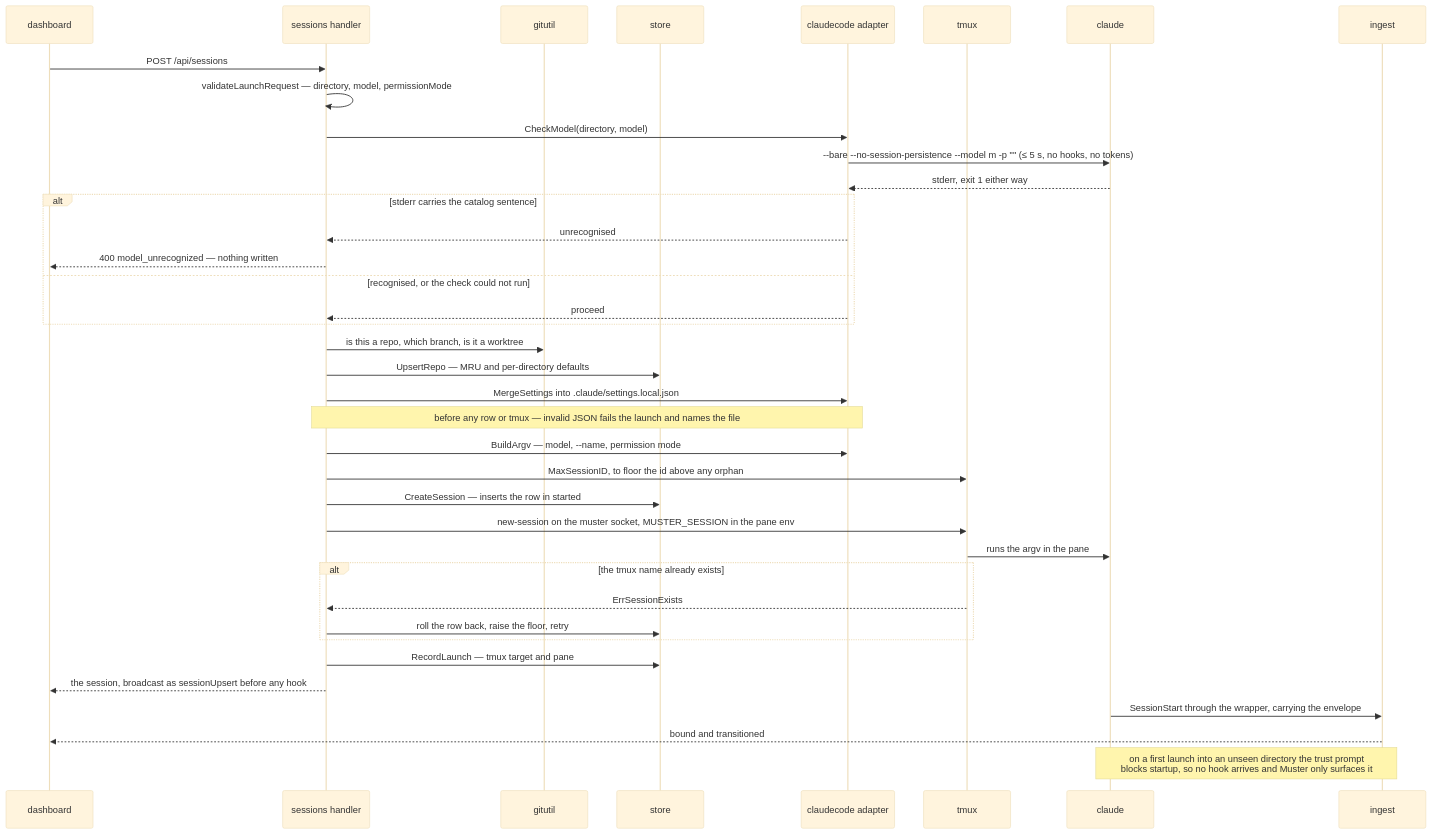
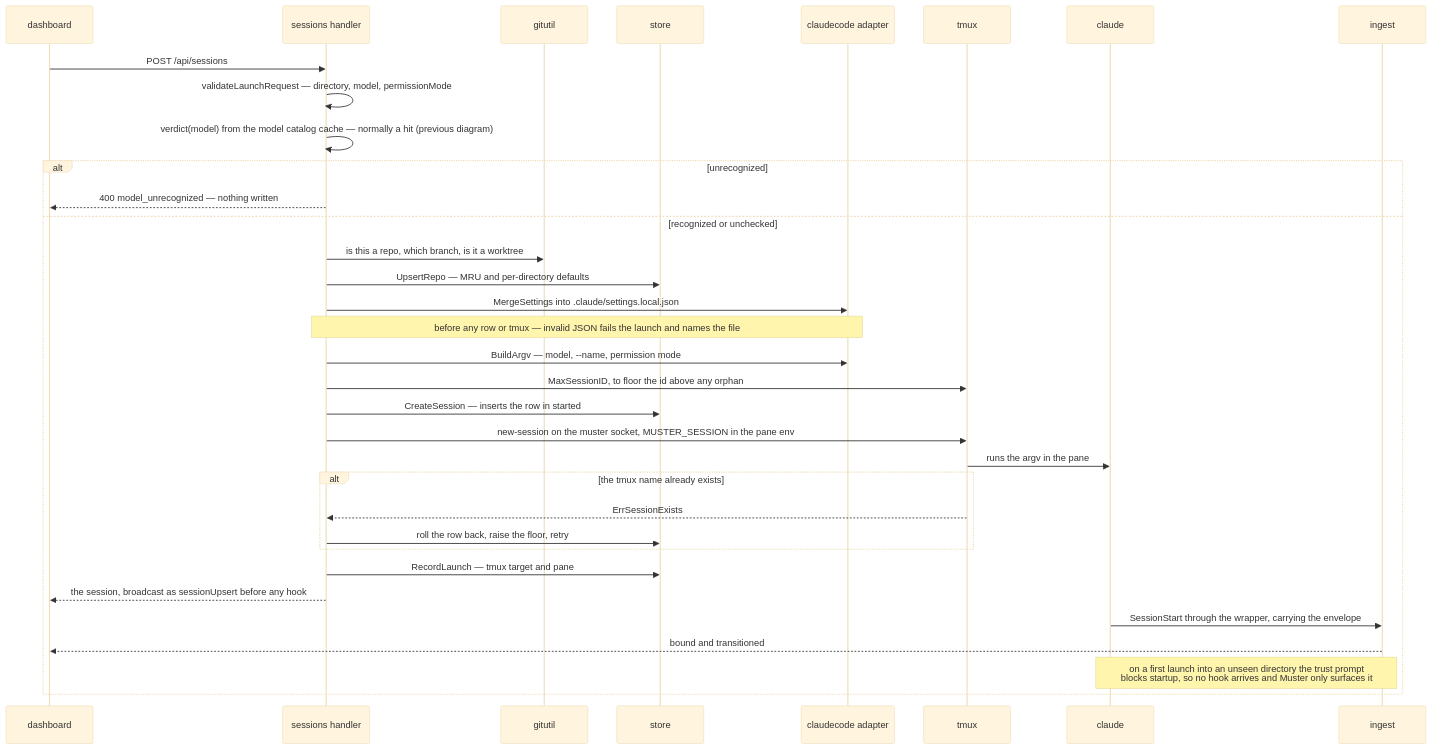
Before and after one commit to Zalaras/muster: the second of 2 diagrams in docs/features/launch/spec.md, drawn with Mermaid (base theme). The commit also changed other lines of this file and 76 other files, not shown here.

Commit message:
fix(launch): check models when New Session opens; write hooks atomically (closes #54, closes #55, closes #58)

````diff
--- a/docs/features/launch/spec.md
+++ b/docs/features/launch/spec.md
@@ -78,43 +122,39 @@
 ```mermaid
 sequenceDiagram
     participant UI as dashboard
     participant S as sessions handler
     participant G as gitutil
     participant DB as store
     participant A as claudecode adapter
     participant T as tmux
     participant CC as claude
     participant I as ingest
 
     UI->>S: POST /api/sessions
     S->>S: validateLaunchRequest — directory, model, permissionMode
-    S->>A: CheckModel(directory, model)
-    A->>CC: --bare --no-session-persistence --model m -p "" (≤ 5 s, no hooks, no tokens)
-    CC-->>A: stderr, exit 1 either way
-    alt stderr carries the catalog sentence
-        A-->>S: unrecognised
+    S->>S: verdict(model) from the model catalog cache — normally a hit (previous diagram)
+    alt unrecognized
         S-->>UI: 400 model_unrecognized — nothing written
-    else recognised, or the check could not run
-        A-->>S: proceed
+    else recognized or unchecked
+        S->>G: is this a repo, which branch, is it a worktree
+        S->>DB: UpsertRepo — MRU and per-directory defaults
+        S->>A: MergeSettings into .claude/settings.local.json
+        Note over S,A: before any row or tmux — invalid JSON fails the launch and names the file
+        S->>A: BuildArgv — model, --name, permission mode
+        S->>T: MaxSessionID, to floor the id above any orphan
+        S->>DB: CreateSession — inserts the row in started
+
+        S->>T: new-session on the muster socket, MUSTER_SESSION in the pane env
+        T->>CC: runs the argv in the pane
+        alt the tmux name already exists
+            T-->>S: ErrSessionExists
+            S->>DB: roll the row back, raise the floor, retry
+        end
+        S->>DB: RecordLaunch — tmux target and pane
+        S-->>UI: the session, broadcast as sessionUpsert before any hook
+
+        CC->>I: SessionStart through the wrapper, carrying the envelope
+        I-->>UI: bound and transitioned
+        Note over CC,I: on a first launch into an unseen directory the trust prompt<br/>blocks startup, so no hook arrives and Muster only surfaces it
     end
-    S->>G: is this a repo, which branch, is it a worktree
-    S->>DB: UpsertRepo — MRU and per-directory defaults
-    S->>A: MergeSettings into .claude/settings.local.json
-    Note over S,A: before any row or tmux — invalid JSON fails the launch and names the file
-    S->>A: BuildArgv — model, --name, permission mode
-    S->>T: MaxSessionID, to floor the id above any orphan
-    S->>DB: CreateSession — inserts the row in started
-
-    S->>T: new-session on the muster socket, MUSTER_SESSION in the pane env
-    T->>CC: runs the argv in the pane
-    alt the tmux name already exists
-        T-->>S: ErrSessionExists
-        S->>DB: roll the row back, raise the floor, retry
-    end
-    S->>DB: RecordLaunch — tmux target and pane
-    S-->>UI: the session, broadcast as sessionUpsert before any hook
-
-    CC->>I: SessionStart through the wrapper, carrying the envelope
-    I-->>UI: bound and transitioned
-    Note over CC,I: on a first launch into an unseen directory the trust prompt<br/>blocks startup, so no hook arrives and Muster only surfaces it
 ```
````
